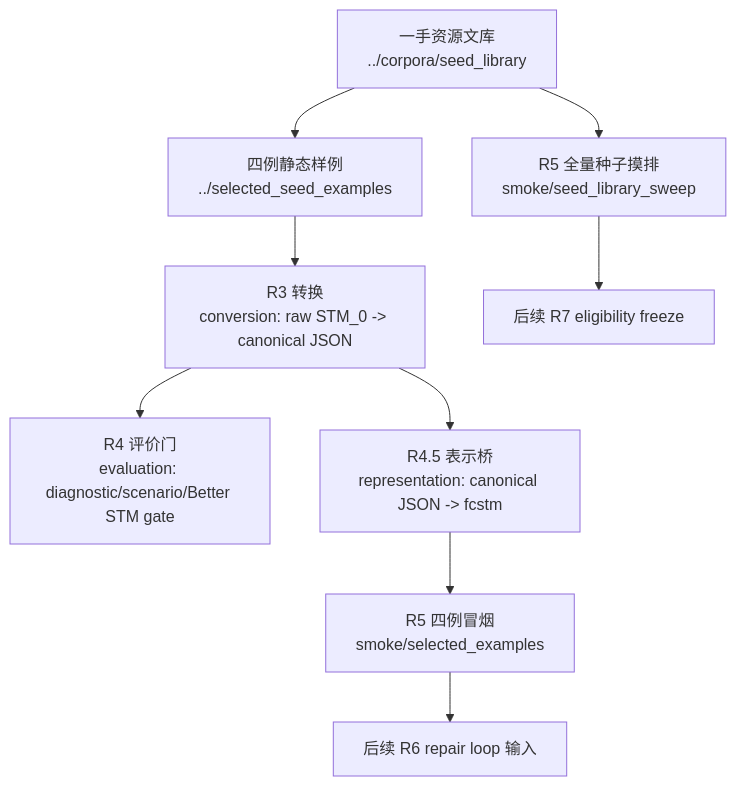
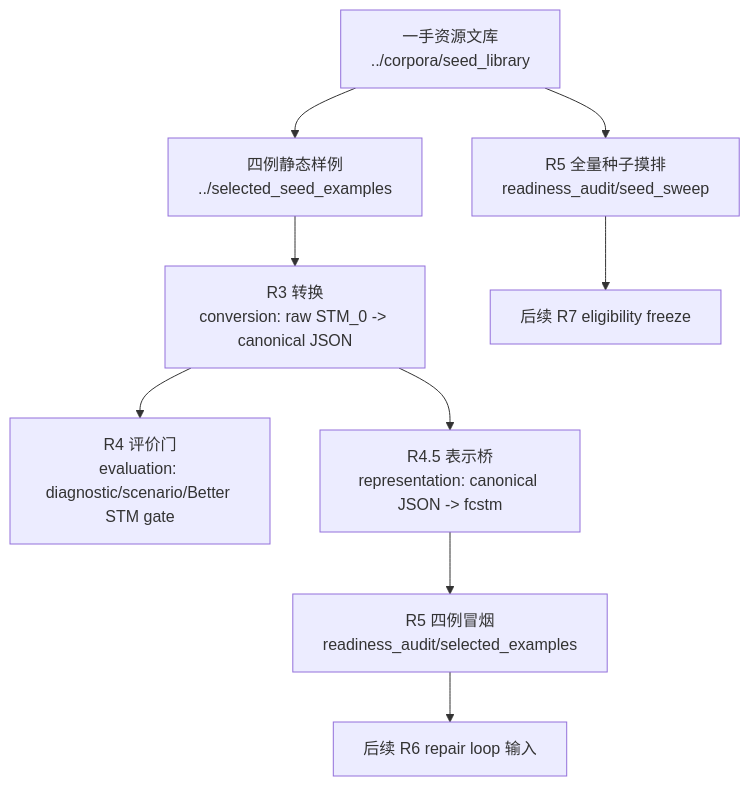
One commit to HansBug/research_ideas changed the diagram in project_1_llm_state_machine_modeling/paper_stm_repair/pipeline/README.md. Above: the diagram before and after it, drawn with Mermaid. The commit also changed other lines of this file and 144 other files, not shown here.

````diff
--- a/project_1_llm_state_machine_modeling/paper_stm_repair/pipeline/README.md
+++ b/project_1_llm_state_machine_modeling/paper_stm_repair/pipeline/README.md
@@ -22,11 +24,11 @@
 ```mermaid
 flowchart TD
   A[一手资源文库<br/>../corpora/seed_library] --> B[四例静态样例<br/>../selected_seed_examples]
-  A --> S[R5 全量种子摸排<br/>smoke/seed_library_sweep]
+  A --> S[R5 全量种子摸排<br/>readiness_audit/seed_sweep]
   B --> C[R3 转换<br/>conversion: raw STM_0 -> canonical JSON]
   C --> D[R4 评价门<br/>evaluation: diagnostic/scenario/Better STM gate]
   C --> E[R4.5 表示桥<br/>representation: canonical JSON -> fcstm]
-  E --> F[R5 四例冒烟<br/>smoke/selected_examples]
+  E --> F[R5 四例冒烟<br/>readiness_audit/selected_examples]
   S --> G[后续 R7 eligibility freeze]
   F --> H[后续 R6 repair loop 输入]
 ```
````
